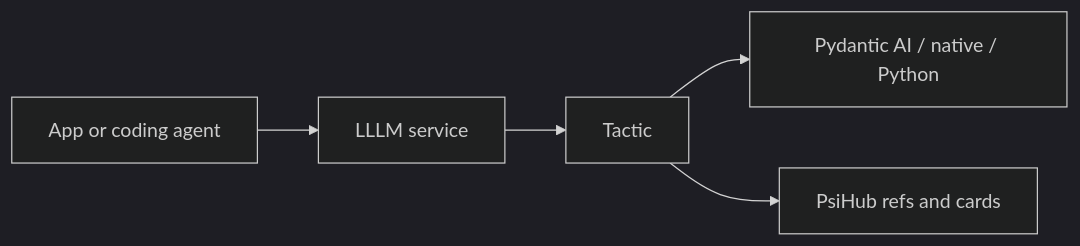
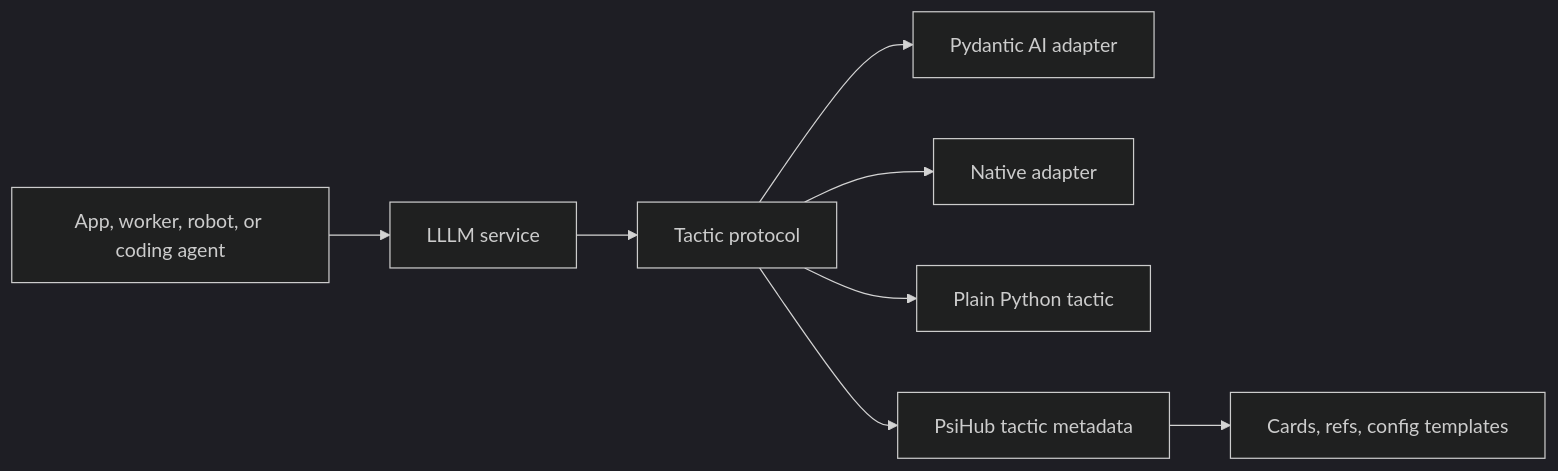
One commit to Productive-Superintelligence/lllm changed the diagram in docs/index.md. Above: the diagram before and after it, drawn with Mermaid (dark theme). The commit also changed other lines of this file and 59 other files, not shown here.

````diff
--- a/docs/index.md
+++ b/docs/index.md
@@ -70,7 +84,10 @@
 ```mermaid
 flowchart LR
-  A["App or coding agent"] --> B["LLLM service"]
-  B --> C["Tactic"]
-  C --> D["Pydantic AI / native / Python"]
-  C --> E["PsiHub refs and cards"]
+  A["App, worker, robot, or coding agent"] --> B["LLLM service"]
+  B --> C["Tactic protocol"]
+  C --> D["Pydantic AI adapter"]
+  C --> E["Native adapter"]
+  C --> F["Plain Python tactic"]
+  C --> G["PsiHub tactic metadata"]
+  G --> H["Cards, refs, config templates"]
 ```
````
